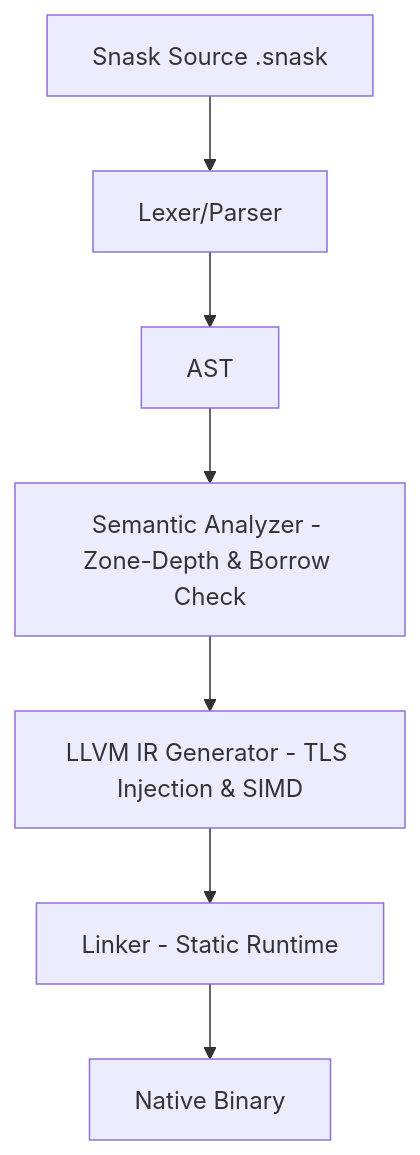
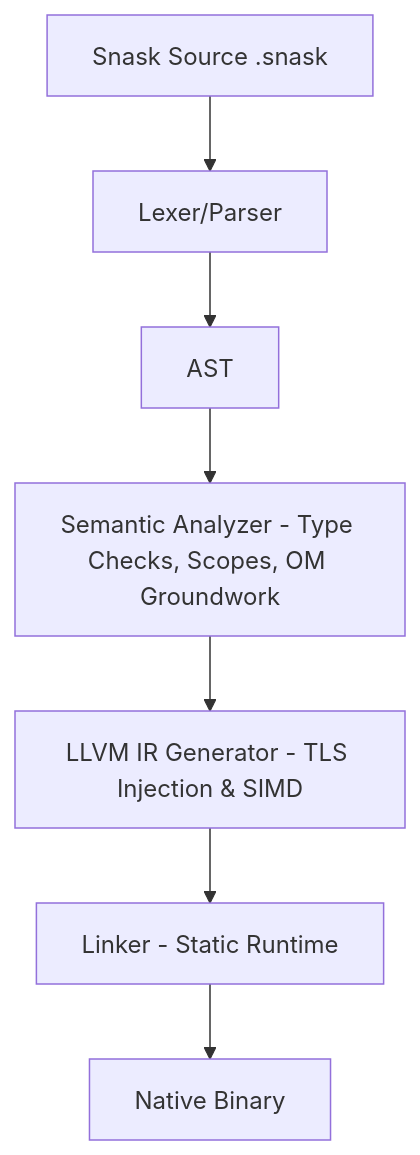
Before and after one commit to rancidavi-dotcom/TheSnask: the diagram in docs/ARCHITECTURE.md, drawn with Mermaid. The commit also changed other lines of this file and 72 other files, not shown here.

````diff
--- a/docs/ARCHITECTURE.md
+++ b/docs/ARCHITECTURE.md
@@ -12,9 +17,9 @@
 ```mermaid
 graph TD
     A[Snask Source .snask] --> B[Lexer/Parser]
     B --> C[AST]
-    C --> D[Semantic Analyzer - Zone-Depth & Borrow Check]
+    C --> D[Semantic Analyzer - Type Checks, Scopes, OM Groundwork]
     D --> E[LLVM IR Generator - TLS Injection & SIMD]
     E --> F[Linker - Static Runtime]
     F --> G[Native Binary]
 ```
````
